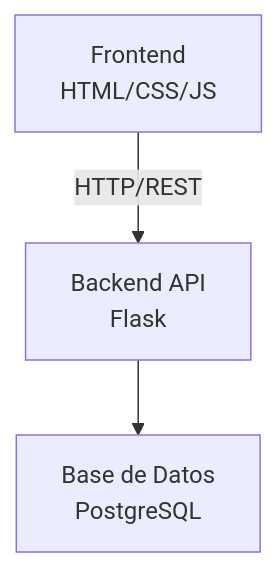
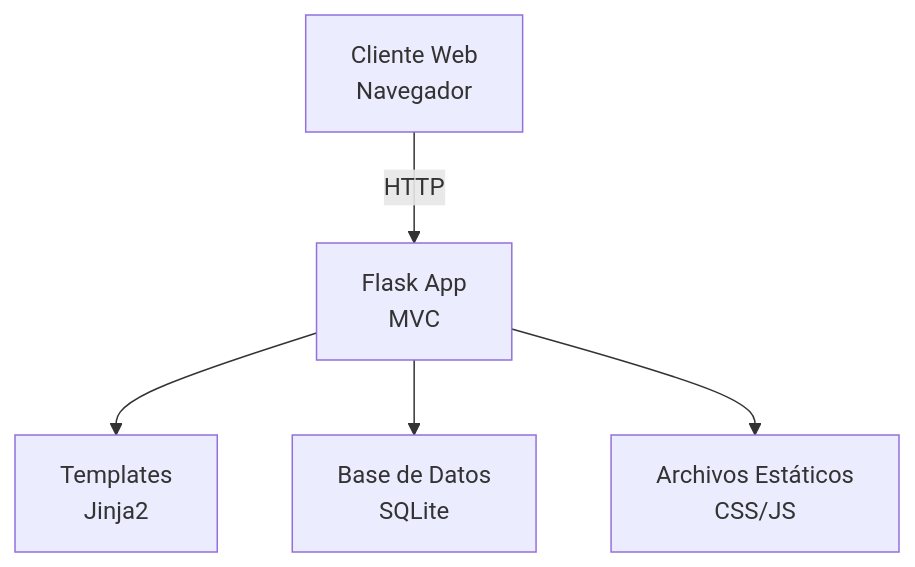
One commit to RuedaUABC/CimaCritics changed the diagram in docs/Diseño/Arquitectura.md. Above: the diagram before and after it, drawn with Mermaid. The commit also changed other lines of this file and 5 other files, not shown here.

````diff
--- a/docs/Diseño/Arquitectura.md
+++ b/docs/Diseño/Arquitectura.md
@@ -8,5 +7,7 @@
 ```mermaid
 graph TD
-    A[Frontend<br/>HTML/CSS/JS] -->|HTTP/REST| B[Backend API<br/>Flask]
-    B --> C[Base de Datos<br/>PostgreSQL]
+    A[Cliente Web<br/>Navegador] -->|HTTP| B[Flask App<br/>MVC]
+    B --> C[Templates<br/>Jinja2]
+    B --> D[Base de Datos<br/>SQLite]
+    B --> E[Archivos Estáticos<br/>CSS/JS]
 ```
````
